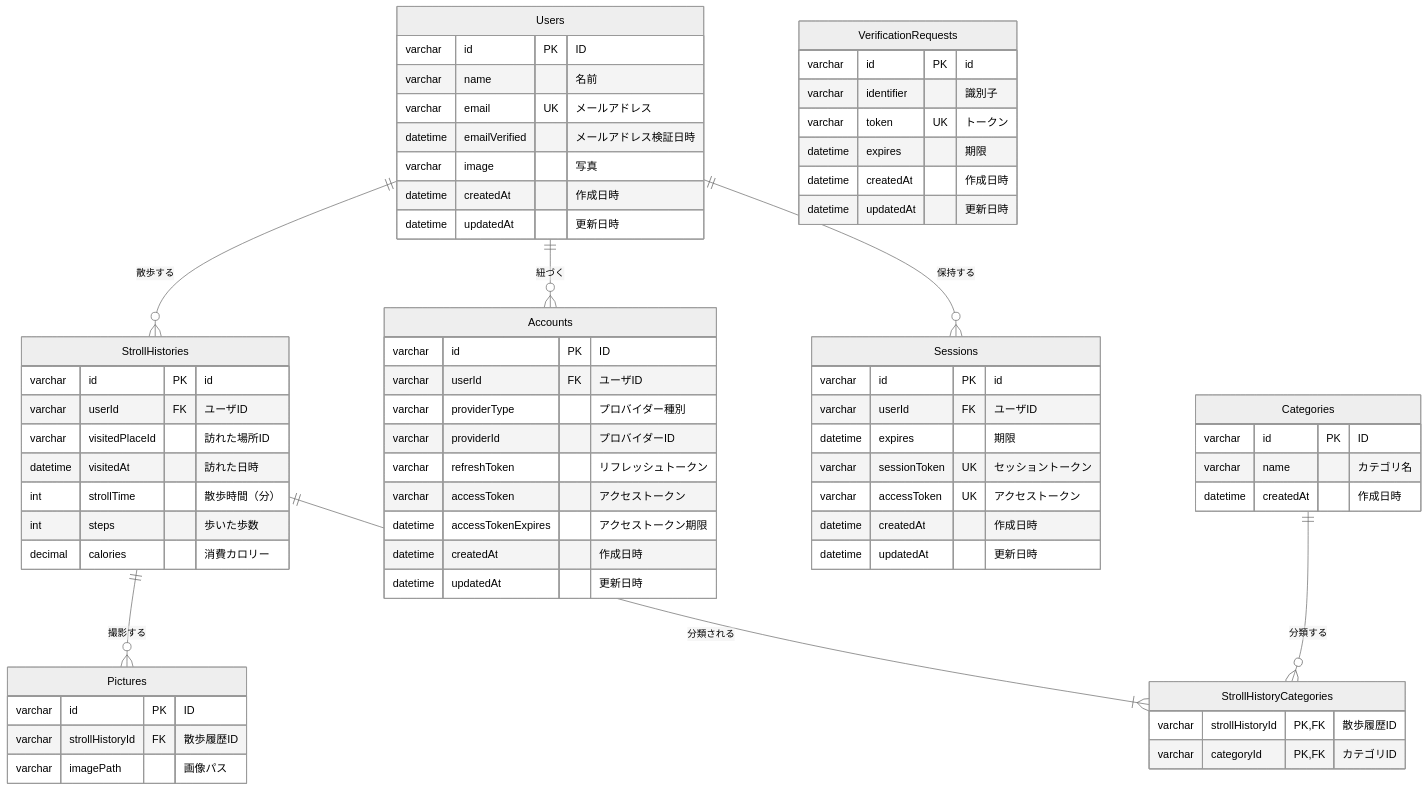
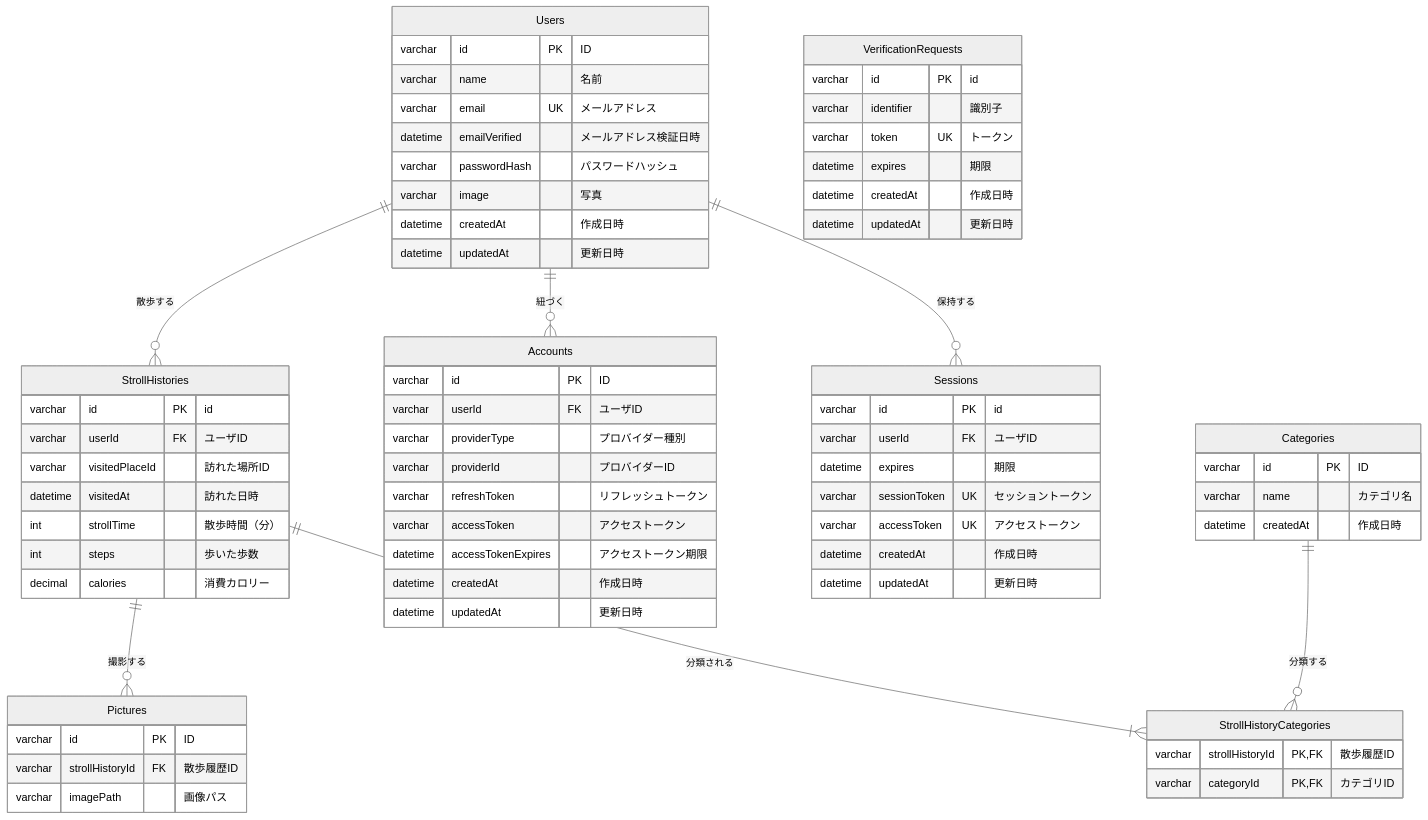
Before and after one commit to study-basic-hackathon/sanpo-gacha: the diagram in docs/requirement.md, drawn with Mermaid (neutral theme). The commit also changed 1 other file, not shown here.

Commit message:
ユーザーテーブルに対してパスワード列追加

````diff
--- a/docs/requirement.md
+++ b/docs/requirement.md
@@ -131,77 +131,78 @@
 ```mermaid
 erDiagram
     Users ||--o{ StrollHistories : "散歩する"
     Users ||--o{ Accounts : "紐づく"
     Users ||--o{ Sessions : "保持する"
     StrollHistories ||--o{ Pictures : "撮影する"
     StrollHistories ||--|{ StrollHistoryCategories : "分類される"
     Categories ||--o{ StrollHistoryCategories : "分類する"
 
     Users {
         varchar id PK "ID"
         varchar name "名前"
         varchar email UK "メールアドレス"
         datetime emailVerified "メールアドレス検証日時"
+        varchar passwordHash "パスワードハッシュ"
         varchar image "写真"
         datetime createdAt "作成日時"
         datetime updatedAt "更新日時"
     }
 
     StrollHistories {
         varchar id PK "id"
         varchar userId FK "ユーザID"
         varchar visitedPlaceId "訪れた場所ID"
         datetime visitedAt "訪れた日時"
         int strollTime "散歩時間（分）"
         int steps "歩いた歩数"
         decimal calories "消費カロリー"
     }
 
     Categories {
         varchar id PK "ID"
         varchar name "カテゴリ名"
         datetime createdAt "作成日時"
     }
 
     StrollHistoryCategories {
         varchar strollHistoryId PK,FK "散歩履歴ID"
         varchar categoryId PK,FK "カテゴリID"
     }
 
     Pictures {
         varchar id PK "ID"
         varchar strollHistoryId FK "散歩履歴ID"
         varchar imagePath "画像パス"
     }
 
     Accounts {
         varchar id PK "ID"
         varchar userId FK "ユーザID"
         varchar providerType "プロバイダー種別"
         varchar providerId "プロバイダーID"
         varchar refreshToken "リフレッシュトークン"
         varchar accessToken "アクセストークン"
         datetime accessTokenExpires "アクセストークン期限"
         datetime createdAt "作成日時"
         datetime updatedAt "更新日時"
     }
 
     Sessions {
         varchar id PK "id"
         varchar userId FK "ユーザID"
         datetime expires "期限"
         varchar sessionToken UK "セッショントークン"
         varchar accessToken UK "アクセストークン"
         datetime createdAt "作成日時"
         datetime updatedAt "更新日時"
     }
 
     VerificationRequests {
         varchar id PK "id"
         varchar identifier "識別子"
         varchar token UK "トークン"
         datetime expires "期限"
         datetime createdAt "作成日時"
         datetime updatedAt "更新日時"
     }
 ```
````
